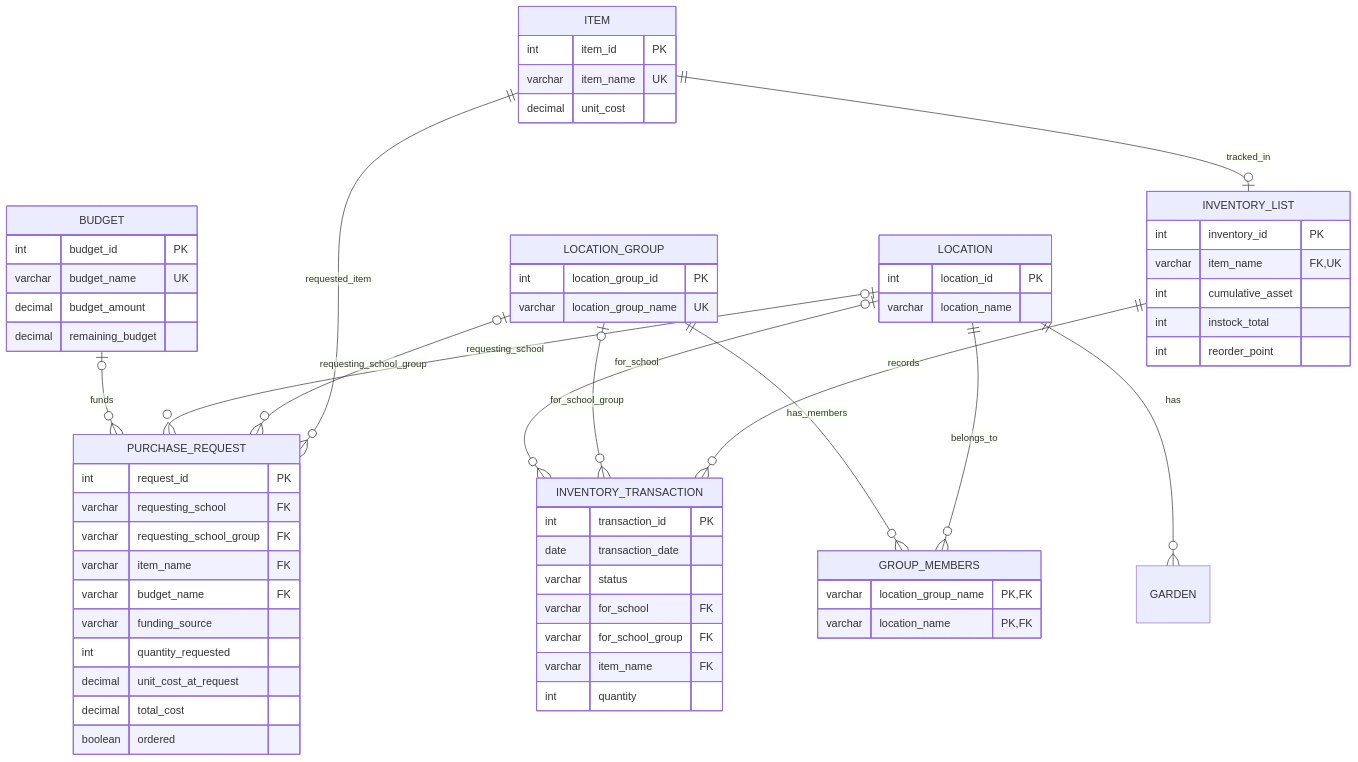
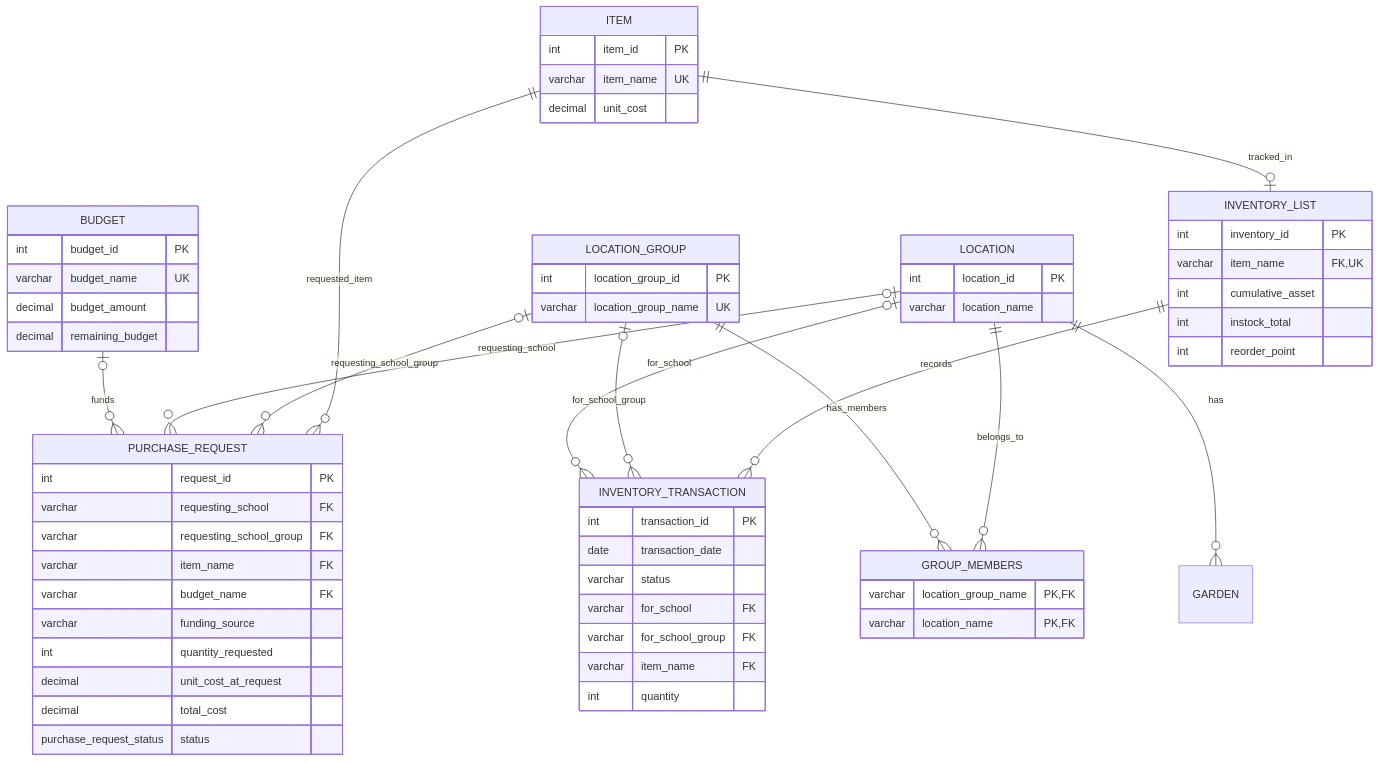
Before and after one commit to CrisOrnelas99/Garden-Database: the first of 2 diagrams in README.md, drawn with Mermaid. The commit also changed 9 other files, not shown here.

````diff
--- a/README.md
+++ b/README.md
@@ -95,77 +95,77 @@
 ```mermaid
 erDiagram
 
     BUDGET o|--o{ PURCHASE_REQUEST : funds
 
     LOCATION o|--o{ PURCHASE_REQUEST : requesting_school
     LOCATION o|--o{ INVENTORY_TRANSACTION : for_school
     LOCATION_GROUP o|--o{ PURCHASE_REQUEST : requesting_school_group
     LOCATION_GROUP o|--o{ INVENTORY_TRANSACTION : for_school_group
     LOCATION_GROUP ||--o{ GROUP_MEMBERS : has_members
     LOCATION ||--o{ GROUP_MEMBERS : belongs_to
     LOCATION ||--o{ GARDEN : has
 
     ITEM ||--o{ PURCHASE_REQUEST : requested_item
     ITEM ||--o| INVENTORY_LIST : tracked_in
 
     INVENTORY_LIST ||--o{ INVENTORY_TRANSACTION : records
 
     BUDGET {
         int budget_id PK
         varchar budget_name UK
         decimal budget_amount
         decimal remaining_budget
     }
 
     LOCATION {
         int location_id PK
         varchar location_name
     }
 
     LOCATION_GROUP {
         int location_group_id PK
         varchar location_group_name UK
     }
 
     GROUP_MEMBERS {
         varchar location_group_name PK, FK
         varchar location_name PK, FK
     }
 
     ITEM {
         int item_id PK
         varchar item_name UK
         decimal unit_cost
     }
 
     INVENTORY_LIST {
         int inventory_id PK
         varchar item_name FK, UK
         int cumulative_asset
         int instock_total
         int reorder_point
     }
 
     PURCHASE_REQUEST {
         int request_id PK
         varchar requesting_school FK
         varchar requesting_school_group FK
         varchar item_name FK
         varchar budget_name FK
         varchar funding_source
         int quantity_requested
         decimal unit_cost_at_request
         decimal total_cost
-        boolean ordered
+        purchase_request_status status
     }
 
     INVENTORY_TRANSACTION {
         int transaction_id PK
         date transaction_date
         varchar status
         varchar for_school FK
         varchar for_school_group FK
         varchar item_name FK
         int quantity
     }
 ```
````
